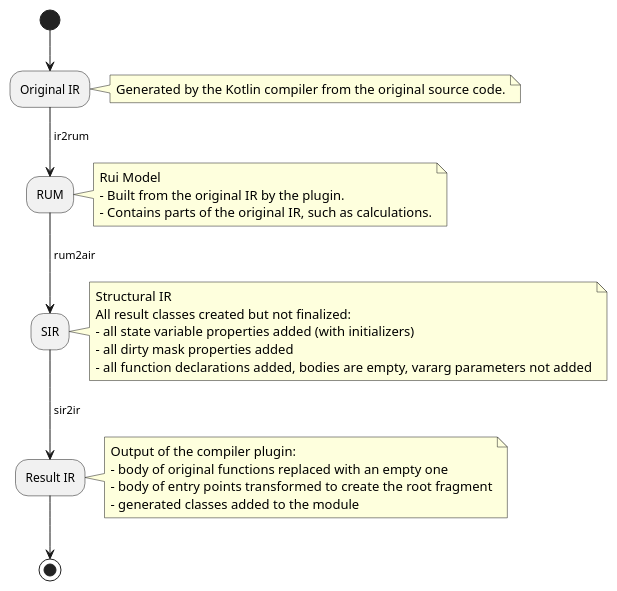
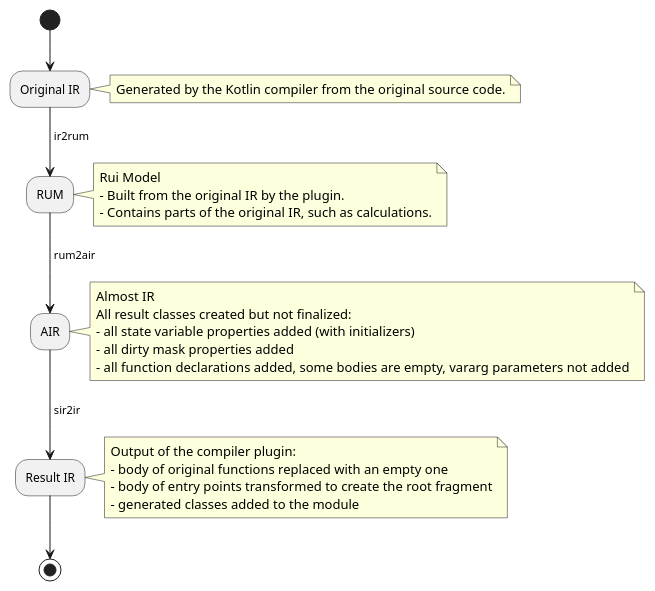
One commit to spxbhuhb/rui changed the diagram in doc/internals/Process.puml. Above: the diagram before and after it, drawn with PlantUML. The commit also changed 48 other files, not shown here.

```diff
--- a/doc/internals/Process.puml
+++ b/doc/internals/Process.puml
@@ -1,26 +1,26 @@
 @startuml
 (*) --> "Original IR"
 note right: Generated by the Kotlin compiler from the original source code.
 --> [ ir2rum] RUM
 note right
 Rui Model
 - Built from the original IR by the plugin.
 - Contains parts of the original IR, such as calculations.
 end note
---> [ rum2air] "SIR"
+--> [ rum2air] "AIR"
 note right
-Structural IR
+Almost IR
 All result classes created but not finalized:
 - all state variable properties added (with initializers)
 - all dirty mask properties added
-- all function declarations added, bodies are empty, vararg parameters not added
+- all function declarations added, some bodies are empty, vararg parameters not added
 end note
 --> [ sir2ir] "Result IR"
 note right
 Output of the compiler plugin:
 - body of original functions replaced with an empty one
 - body of entry points transformed to create the root fragment
 - generated classes added to the module
 end note
 --> (*)
 @enduml
```
